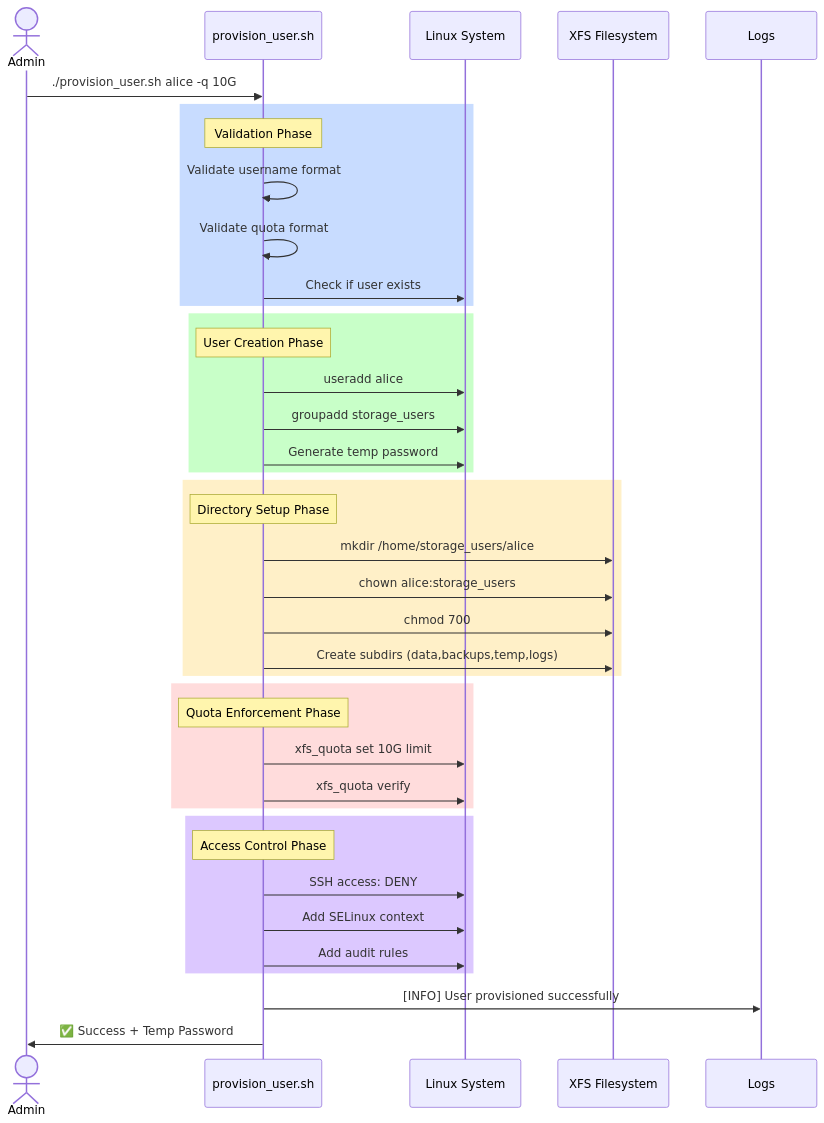
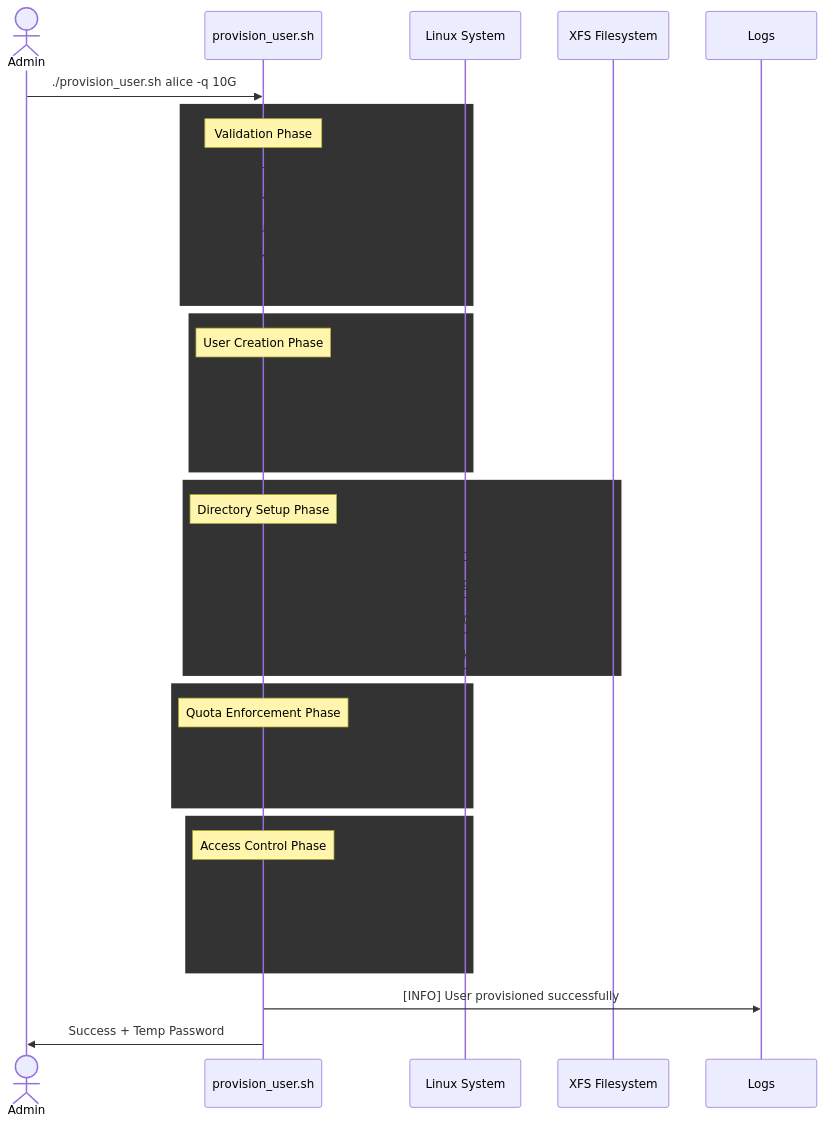
The third of 7 diagrams in docs/architecture.md (aaronwittchen/Automated-Storage-Provisioning-Tool), drawn with Mermaid before and after one commit. The commit also changed other lines of this file, not shown here.

Commit message:
architecture.md fix

````diff
--- a/docs/architecture.md
+++ b/docs/architecture.md
@@ -133,48 +129,48 @@
 ```mermaid
 sequenceDiagram
     actor Admin
     participant Script as provision_user.sh
     participant System as Linux System
     participant FS as XFS Filesystem
     participant Log as Logs
 
     Admin->>Script: ./provision_user.sh alice -q 10G
     
-    rect rgb(200, 220, 255)
+    rect rgb(255,255,255,0.1),stroke:#1e88e5,stroke-width:2px
     Note over Script: Validation Phase
     Script->>Script: Validate username format
     Script->>Script: Validate quota format
     Script->>System: Check if user exists
     end
     
-    rect rgb(200, 255, 200)
+    rect rgb(255,255,255,0.1),stroke:#43a047,stroke-width:2px
     Note over Script: User Creation Phase
     Script->>System: useradd alice
     Script->>System: groupadd storage_users
     Script->>System: Generate temp password
     end
     
-    rect rgb(255, 240, 200)
+    rect rgb(255,255,255,0.1),stroke:#ffc107,stroke-width:2px
     Note over Script: Directory Setup Phase
     Script->>FS: mkdir /home/storage_users/alice
     Script->>FS: chown alice:storage_users
     Script->>FS: chmod 700
     Script->>FS: Create subdirs (data,backups,temp,logs)
     end
     
-    rect rgb(255, 220, 220)
+    rect rgb(255,255,255,0.1),stroke:#f44336,stroke-width:2px
     Note over Script: Quota Enforcement Phase
     Script->>System: xfs_quota set 10G limit
     Script->>System: xfs_quota verify
     end
     
-    rect rgb(220, 200, 255)
+    rect rgb(255,255,255,0.1),stroke:#9c27b0,stroke-width:2px
     Note over Script: Access Control Phase
     Script->>System: SSH access: DENY
     Script->>System: Add SELinux context
     Script->>System: Add audit rules
     end
     
     Script->>Log: [INFO] User provisioned successfully
-    Script->>Admin: ✅ Success + Temp Password
+    Script->>Admin: Success + Temp Password
 ```
````
